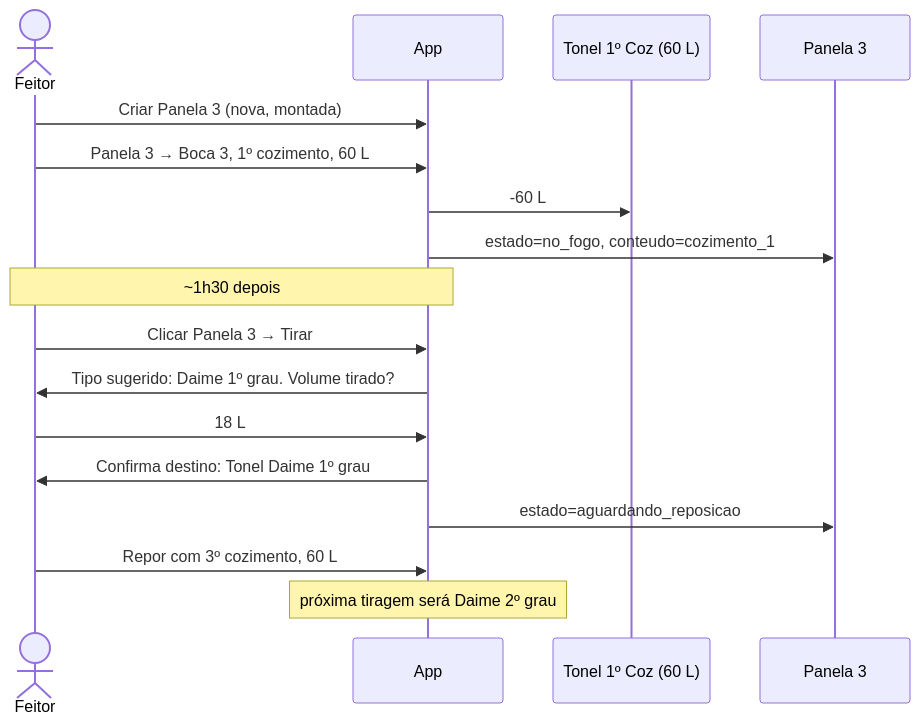
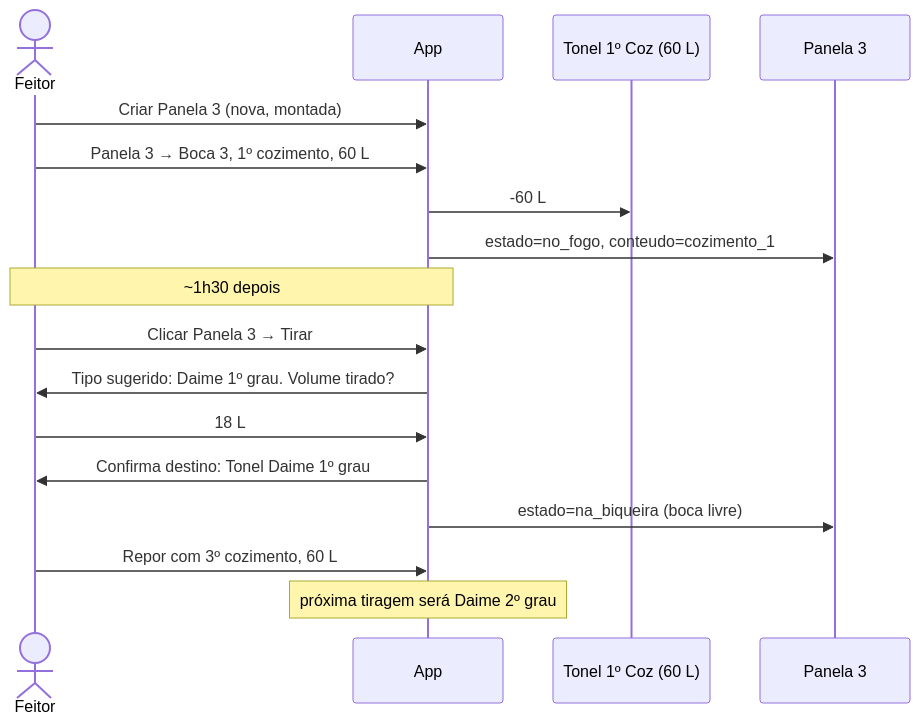
Before and after one commit to nitaibezerra/gestao-feitio: the fifth of 6 diagrams in projeto/requisitos.md, drawn with Mermaid. The commit also changed other lines of this file and 3 other files, not shown here.

First line of the commit message:
docs: Fase 8 — biqueira e máquina de estado

````diff
--- a/projeto/requisitos.md
+++ b/projeto/requisitos.md
@@ -699,22 +702,22 @@
 ```mermaid
 sequenceDiagram
     actor F as Feitor
     participant App
     participant T1 as Tonel 1º Coz (60 L)
     participant P3 as Panela 3
 
     F->>App: Criar Panela 3 (nova, montada)
     F->>App: Panela 3 → Boca 3, 1º cozimento, 60 L
     App->>T1: -60 L
     App->>P3: estado=no_fogo, conteudo=cozimento_1
 
     Note over F,App: ~1h30 depois
 
     F->>App: Clicar Panela 3 → Tirar
     App->>F: Tipo sugerido: Daime 1º grau. Volume tirado?
     F->>App: 18 L
     App->>F: Confirma destino: Tonel Daime 1º grau
-    App->>P3: estado=aguardando_reposicao
+    App->>P3: estado=na_biqueira (boca livre)
     F->>App: Repor com 3º cozimento, 60 L
     Note over App: próxima tiragem será Daime 2º grau
 ```
````
